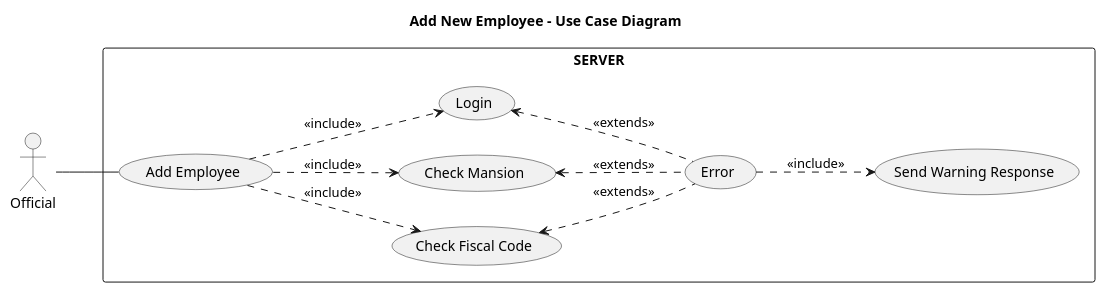
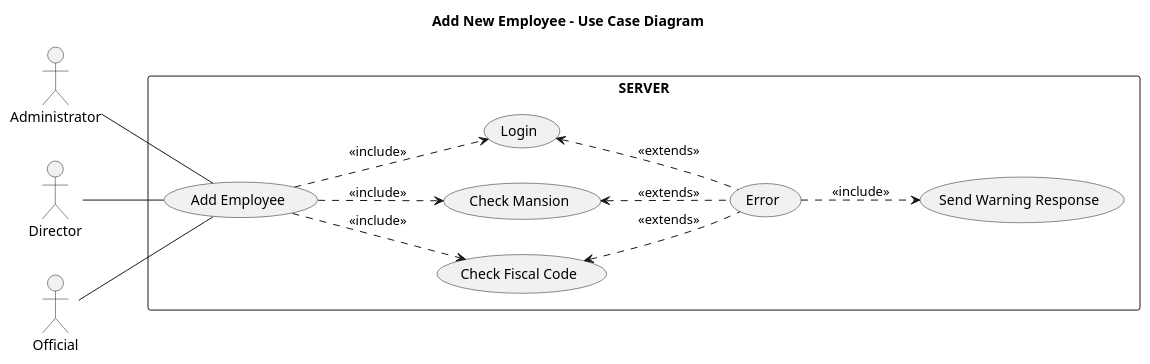
Before and after one commit to danielepelleg/software_engineering: the diagram in Assegnamento3/src/uml/Add Employee - Use Case.puml, drawn with PlantUML. The commit also changed 9 other files, not shown here.

Commit message:
Add UML Diagrams e Simulation Class

```diff
--- a/Assegnamento3/src/uml/Add Employee - Use Case.puml
+++ b/Assegnamento3/src/uml/Add Employee - Use Case.puml
@@ -1,18 +1,22 @@
 @startuml
 title Add New Employee - Use Case Diagram
 
 left to right direction
 
+actor Administrator
+actor Director
 actor Official
 
 rectangle SERVER{
+    Director -- (Add Employee)
+    Administrator -- (Add Employee)
     Official -- (Add Employee)
     (Add Employee) ..> (Check Fiscal Code) : <<include>>
     (Add Employee) ..> (Check Mansion) : <<include>>
     (Add Employee) ..> (Login) : <<include>>
     (Login) <.. (Error) : <<extends>>
     (Check Mansion) <.. (Error): <<extends>>
     (Check Fiscal Code) <.. (Error) : <<extends>>
     (Error) ..> (Send Warning Response) : <<include>>
 }
 @enduml
```
